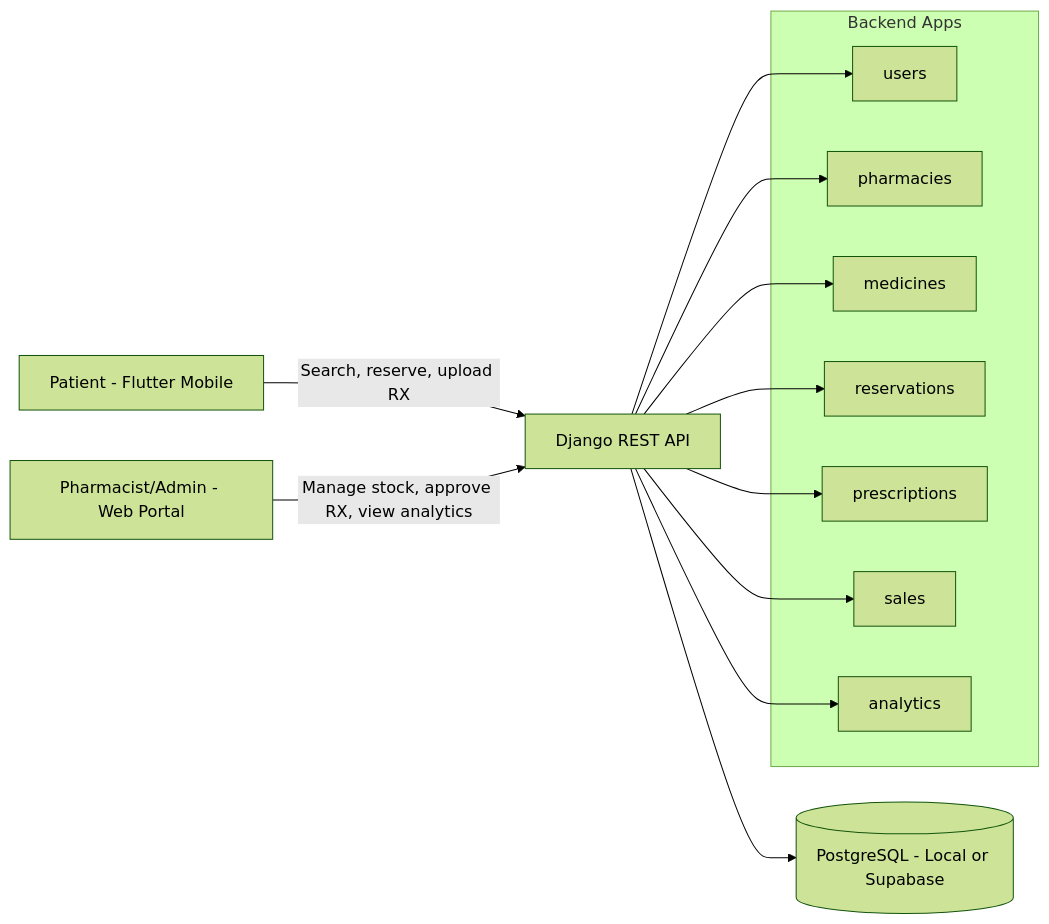
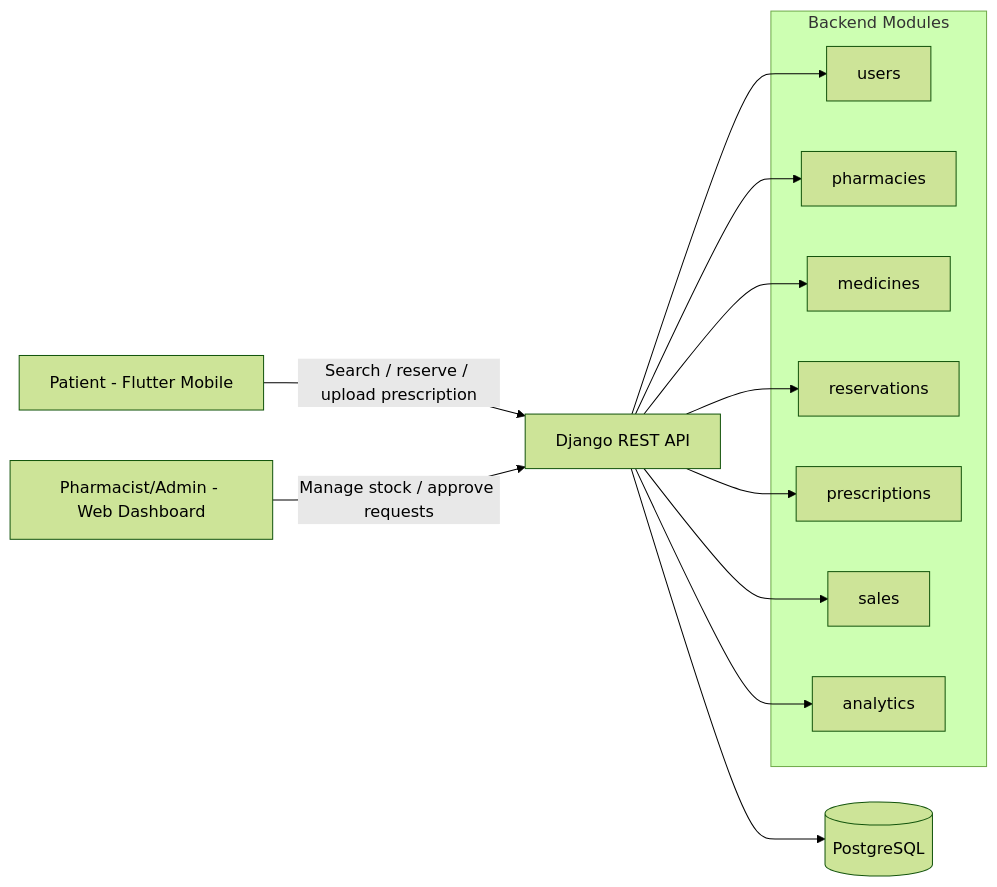
One commit to Joshz-090/ethio-pharma changed the first of 2 diagrams in README.md. Above: the diagram before and after it, drawn with Mermaid (forest theme). The commit also changed other lines of this file and 1 other file, not shown here.

````diff
--- a/README.md
+++ b/README.md
@@ -14,24 +25,24 @@
 ```mermaid
 flowchart LR
-		A[Patient - Flutter Mobile] -->|Search, reserve, upload RX| B[Django REST API]
-		C[Pharmacist/Admin - Web Portal] -->|Manage stock, approve RX, view analytics| B
-		B --> D[(PostgreSQL - Local or Supabase)]
+    P[Patient - Flutter Mobile] -->|Search / reserve / upload prescription| API[Django REST API]
+    W[Pharmacist/Admin - Web Dashboard] -->|Manage stock / approve requests| API
+    API --> DB[(PostgreSQL)]
 
-		subgraph Backend Apps
-			U[users]
-			P[pharmacies]
-			M[medicines]
-			R[reservations]
-			X[prescriptions]
-			S[sales]
-			N[analytics]
-		end
+    subgraph Backend Modules
+        U[users]
+        PH[pharmacies]
+        M[medicines]
+        R[reservations]
+        PR[prescriptions]
+        S[sales]
+        A[analytics]
+    end
 
-		B --> U
-		B --> P
-		B --> M
-		B --> R
-		B --> X
-		B --> S
-		B --> N
+    API --> U
+    API --> PH
+    API --> M
+    API --> R
+    API --> PR
+    API --> S
+    API --> A
 ```
````
